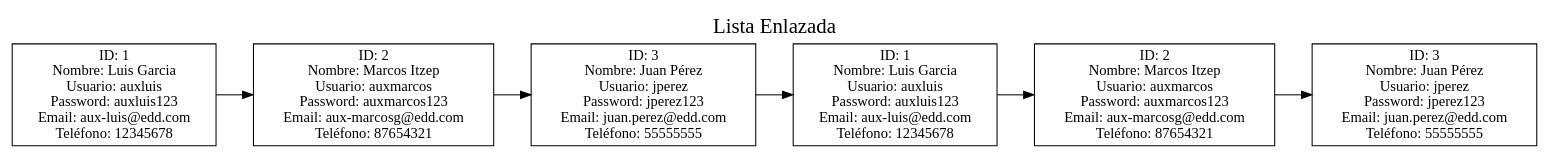
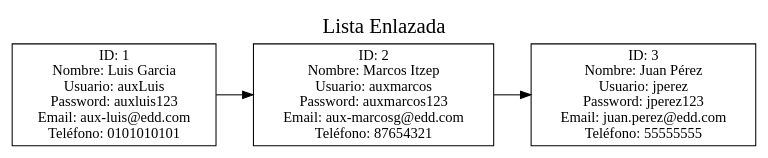
One commit to JairoG0212/EDD-2S2025_201801470 changed the diagram in EDDMail_Fase1/Root-Reportes/reporte_usuarios.dot. Above: the diagram before and after it, drawn with Graphviz. The commit also changed 58 other files, not shown here.

```diff
--- a/EDDMail_Fase1/Root-Reportes/reporte_usuarios.dot
+++ b/EDDMail_Fase1/Root-Reportes/reporte_usuarios.dot
@@ -1,22 +1,16 @@
 digraph ListaUsuarios {
   rankdir=LR;
   node [shape=record];
 
   labelloc="t";
   label="Lista Enlazada";
   fontsize=20;
   fontname="Arial Bold";
 
-  nodo0 [label="ID: 1\nNombre: Luis Garcia\nUsuario: auxluis\nPassword: auxluis123\nEmail: aux-luis@edd.com\nTeléfono: 12345678"];
+  nodo0 [label="ID: 1\nNombre: Luis Garcia\nUsuario: auxLuis\nPassword: auxluis123\nEmail: aux-luis@edd.com\nTeléfono: 0101010101"];
   nodo1 [label="ID: 2\nNombre: Marcos Itzep\nUsuario: auxmarcos\nPassword: auxmarcos123\nEmail: aux-marcosg@edd.com\nTeléfono: 87654321"];
   nodo2 [label="ID: 3\nNombre: Juan Pérez\nUsuario: jperez\nPassword: jperez123\nEmail: juan.perez@edd.com\nTeléfono: 55555555"];
-  nodo3 [label="ID: 1\nNombre: Luis Garcia\nUsuario: auxluis\nPassword: auxluis123\nEmail: aux-luis@edd.com\nTeléfono: 12345678"];
-  nodo4 [label="ID: 2\nNombre: Marcos Itzep\nUsuario: auxmarcos\nPassword: auxmarcos123\nEmail: aux-marcosg@edd.com\nTeléfono: 87654321"];
-  nodo5 [label="ID: 3\nNombre: Juan Pérez\nUsuario: jperez\nPassword: jperez123\nEmail: juan.perez@edd.com\nTeléfono: 55555555"];
 
   nodo0 -> nodo1;
   nodo1 -> nodo2;
-  nodo2 -> nodo3;
-  nodo3 -> nodo4;
-  nodo4 -> nodo5;
 }
```
